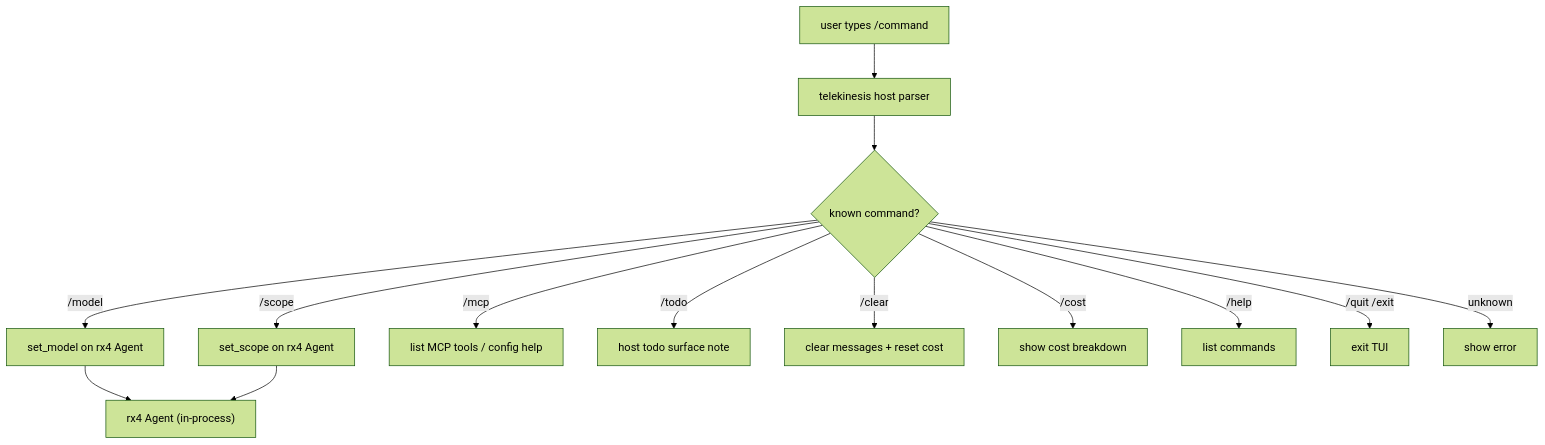
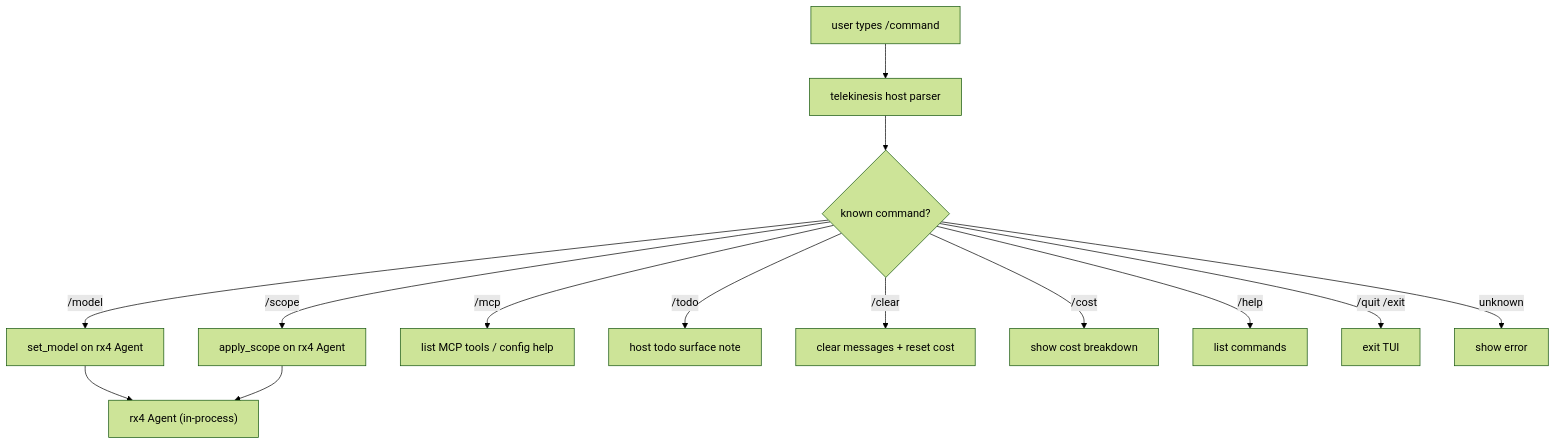
One commit to semitechnological/telekinesis changed the third of 3 diagrams in AGENTS.md. Above: the diagram before and after it, drawn with Mermaid (forest theme). The commit also changed other lines of this file and 43 other files, not shown here.

````diff
--- a/AGENTS.md
+++ b/AGENTS.md
@@ -68,16 +66,16 @@
 ```mermaid
 flowchart TD
   Input["user types /command"] --> Parse["telekinesis host parser"]
   Parse --> Match{"known command?"}
   Match -->|/model| Model["set_model on rx4 Agent"]
-  Match -->|/scope| Scope["set_scope on rx4 Agent"]
+  Match -->|/scope| Scope["apply_scope on rx4 Agent"]
   Match -->|/mcp| Mcp["list MCP tools / config help"]
   Match -->|/todo| Todo["host todo surface note"]
   Match -->|/clear| Clear["clear messages + reset cost"]
   Match -->|/cost| Cost["show cost breakdown"]
   Match -->|/help| Help["list commands"]
   Match -->|/quit /exit| Quit["exit TUI"]
   Match -->|unknown| Err["show error"]
   Model --> Agent["rx4 Agent (in-process)"]
   Scope --> Agent
 ```
````
